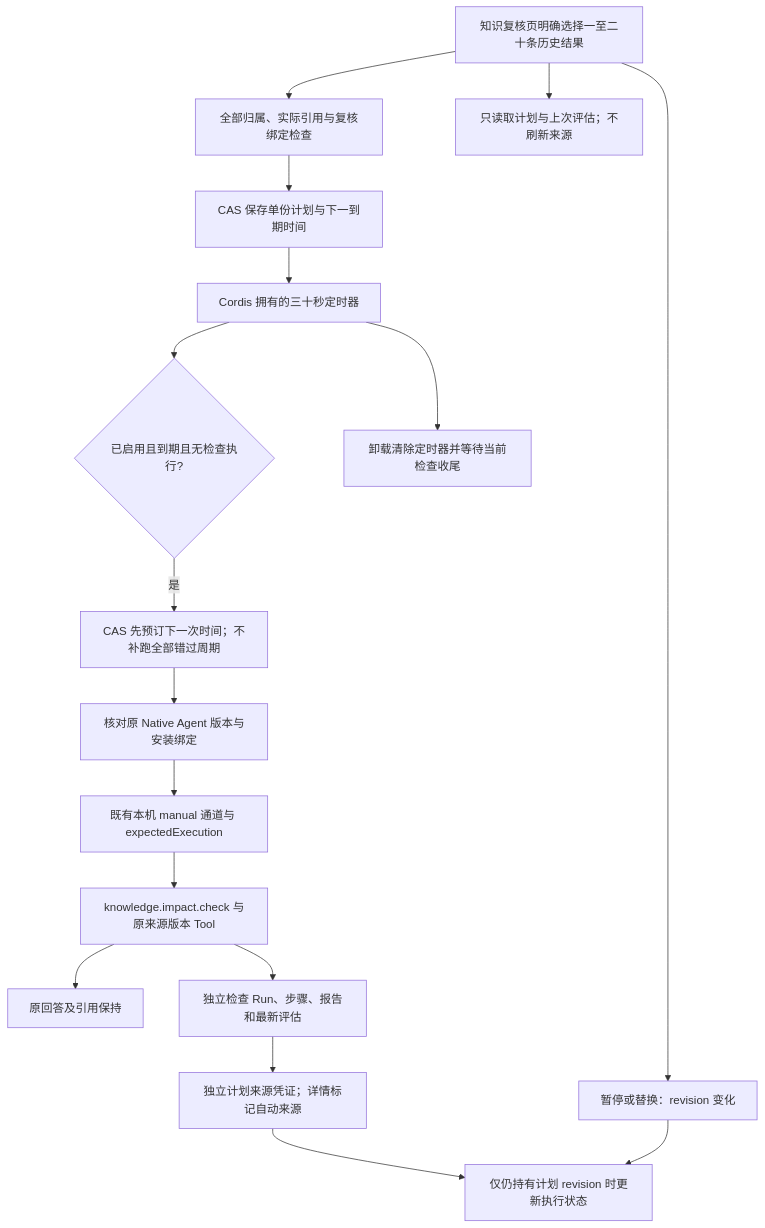
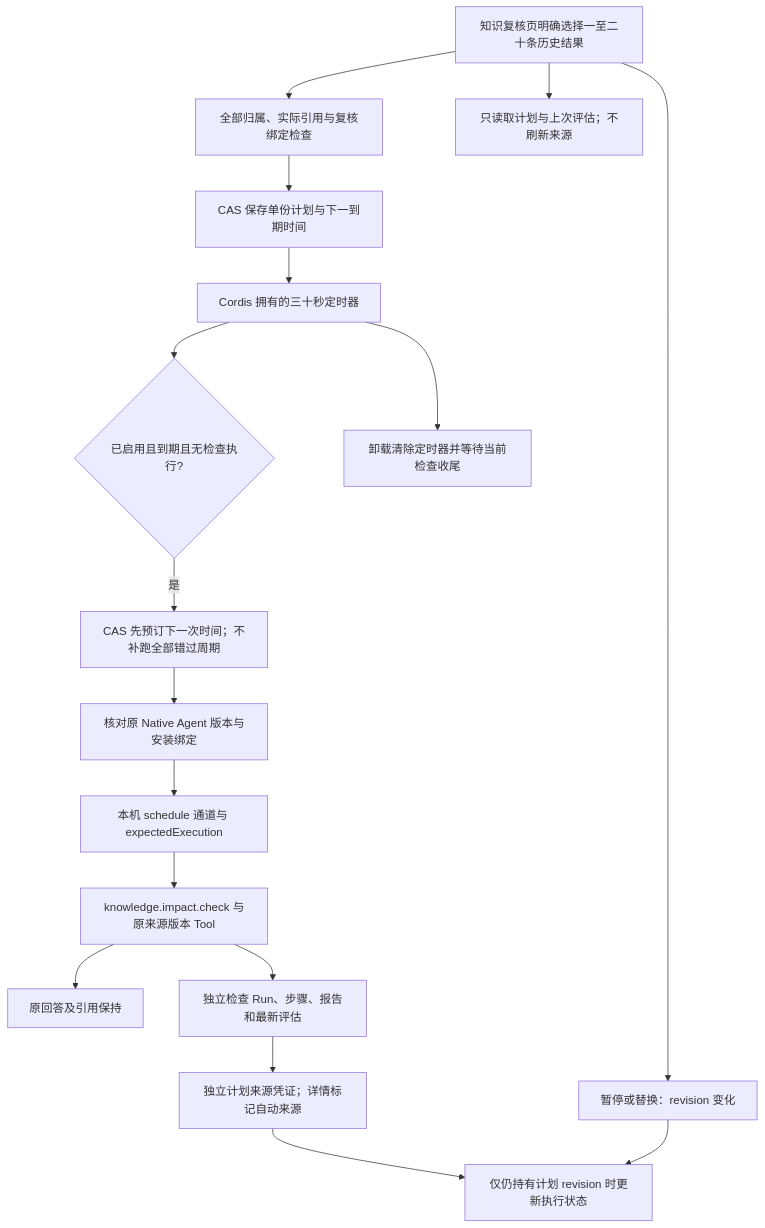
The diagram in backend/src/knowledge/watch/FEATURE.md (KlayPeter/AI-Delivery-Ops-Agent), drawn with Mermaid before and after one commit. The commit also changed other lines of this file and 33 other files, not shown here.

````diff
--- a/backend/src/knowledge/watch/FEATURE.md
+++ b/backend/src/knowledge/watch/FEATURE.md
@@ -19,19 +19,19 @@
 ```mermaid
 flowchart TD
     UI[知识复核页明确选择一至二十条历史结果] --> VALID[全部归属、实际引用与复核绑定检查]
     VALID --> SAVE[CAS 保存单份计划与下一到期时间]
     SAVE --> TIMER[Cordis 拥有的三十秒定时器]
     TIMER --> DUE{已启用且到期且无检查执行?}
     DUE -- 是 --> CLAIM[CAS 先预订下一次时间；不补跑全部错过周期]
     CLAIM --> BIND[核对原 Native Agent 版本与安装绑定]
-    BIND --> HOST[既有本机 manual 通道与 expectedExecution]
+    BIND --> HOST[本机 schedule 通道与 expectedExecution]
     HOST --> IMPACT[knowledge.impact.check 与原来源版本 Tool]
     IMPACT --> ORIGINAL[原回答及引用保持]
     IMPACT --> REPORT[独立检查 Run、步骤、报告和最新评估]
     REPORT --> RECEIPT[独立计划来源凭证；详情标记自动来源]
     RECEIPT --> FINISH[仅仍持有计划 revision 时更新执行状态]
     UI --> PAUSE[暂停或替换：revision 变化]
     PAUSE --> FINISH
     UI --> GET[只读取计划与上次评估；不刷新来源]
     TIMER --> DISPOSE[卸载清除定时器并等待当前检查收尾]
 ```
````
